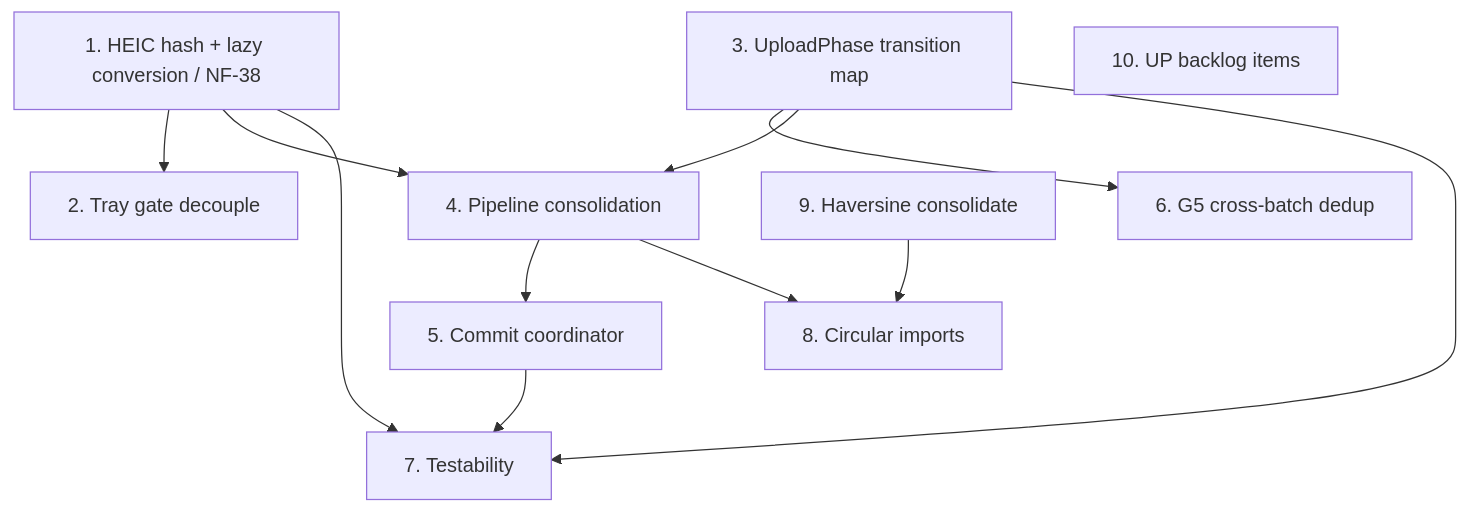
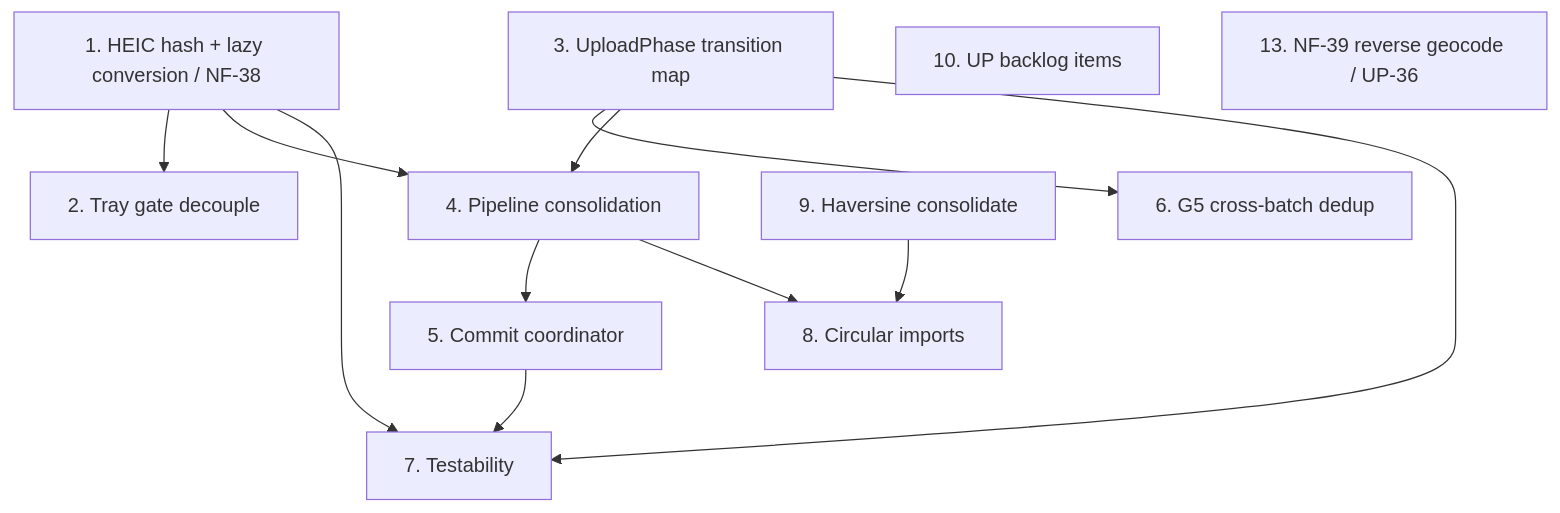
The diagram in docs/audits/upload-flow-review-2026-09-10/06-improvement-plan.md (matkleve/feldpost), drawn with Mermaid before and after one commit. The commit also changed other lines of this file and 4 other files, not shown here.

First line of the commit message:
docs(audit): add NF-39 reverse geocode finding and product walkthrough

````diff
--- a/docs/audits/upload-flow-review-2026-09-10/06-improvement-plan.md
+++ b/docs/audits/upload-flow-review-2026-09-10/06-improvement-plan.md
@@ -319,24 +348,25 @@
 ```mermaid
 flowchart TD
   HEIC[1. HEIC hash + lazy conversion / NF-38]
   TRAY[2. Tray gate decouple]
   FSM[3. UploadPhase transition map]
   PIPE[4. Pipeline consolidation]
   COMMIT[5. Commit coordinator]
   G5[6. G5 cross-batch dedup]
   TEST[7. Testability]
   CYCLES[8. Circular imports]
   HAV[9. Haversine consolidate]
   BACKLOG[10. UP backlog items]
+  NF39[13. NF-39 reverse geocode / UP-36]
 
   HEIC --> TRAY
   HEIC --> PIPE
   FSM --> G5
   FSM --> PIPE
   PIPE --> COMMIT
   PIPE --> CYCLES
   HEIC --> TEST
   FSM --> TEST
   COMMIT --> TEST
   HAV --> CYCLES
 ```
````
